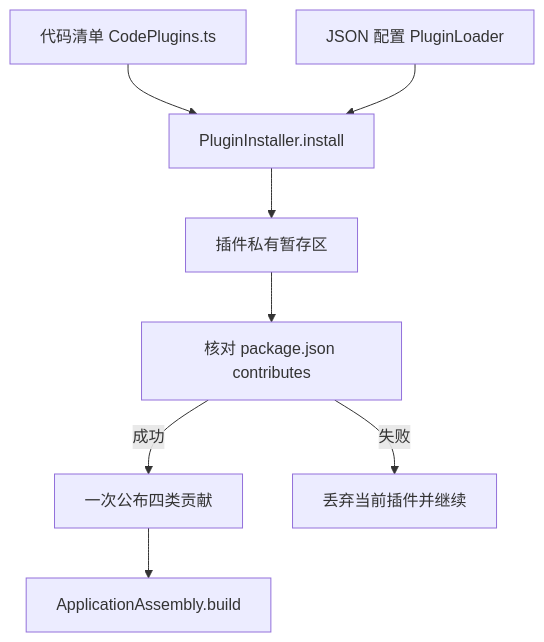
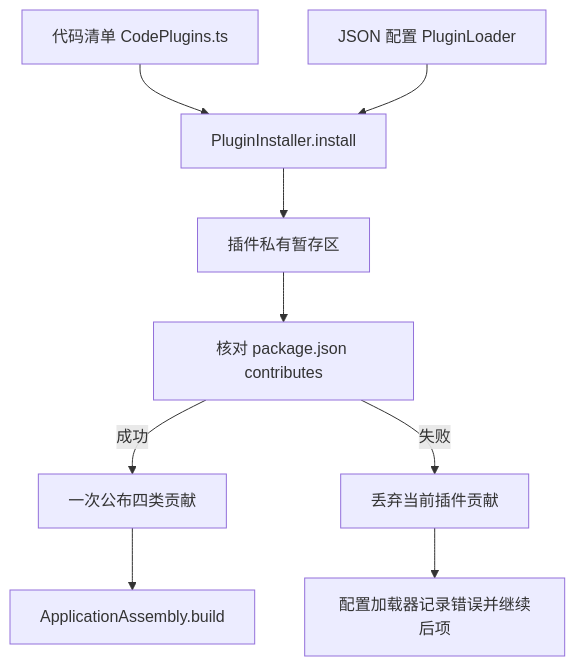
The fifth of 5 diagrams in doc/README.md (Nianle-Li/soft-design-proj), drawn with Mermaid before and after one commit. The commit also changed other lines of this file and 19 other files, not shown here.

````diff
--- a/doc/README.md
+++ b/doc/README.md
@@ -207,10 +221,11 @@
 ```mermaid
 flowchart TD
     A[代码清单 CodePlugins.ts] --> Installer[PluginInstaller.install]
     B[JSON 配置 PluginLoader] --> Installer
     Installer --> Stage[插件私有暂存区]
     Stage --> Manifest[核对 package.json contributes]
     Manifest -->|成功| Publish[一次公布四类贡献]
-    Manifest -->|失败| Discard[丢弃当前插件并继续]
+    Manifest -->|失败| Discard[丢弃当前插件贡献]
+    Discard --> Continue[配置加载器记录错误并继续后项]
     Publish --> Build[ApplicationAssembly.build]
 ```
````
